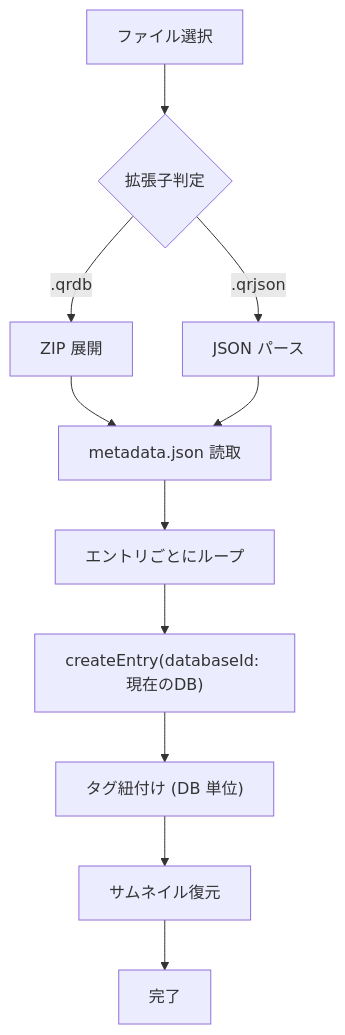
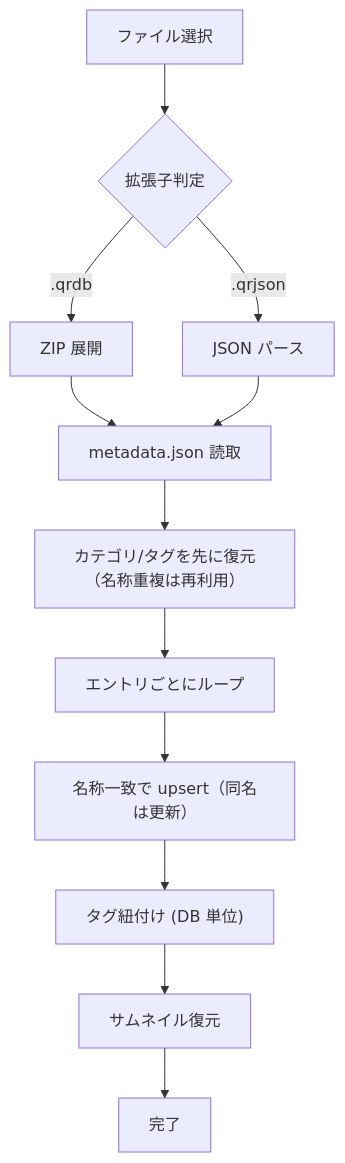
The tenth of 11 diagrams in DESIGN.md (HOSSIE-JP/qr_code_app), drawn with Mermaid before and after one commit. The commit also changed other lines of this file and 10 other files, not shown here.

````diff
--- a/DESIGN.md
+++ b/DESIGN.md
@@ -479,14 +485,15 @@
 ```mermaid
 flowchart TD
     Start["ファイル選択"]
     Start --> Check{"拡張子判定"}
     Check -->|.qrdb| ZIP["ZIP 展開"]
     Check -->|.qrjson| JSON["JSON パース"]
     ZIP --> Parse["metadata.json 読取"]
     JSON --> Parse
-    Parse --> Loop["エントリごとにループ"]
-    Loop --> Create["createEntry(databaseId: 現在のDB)"]
+    Parse --> UpsertMeta["カテゴリ/タグを先に復元（名称重複は再利用）"]
+    UpsertMeta --> Loop["エントリごとにループ"]
+    Loop --> Create["名称一致で upsert（同名は更新）"]
     Create --> Tags["タグ紐付け (DB 単位)"]
     Tags --> Thumb["サムネイル復元"]
     Thumb --> Done["完了"]
 ```
````
